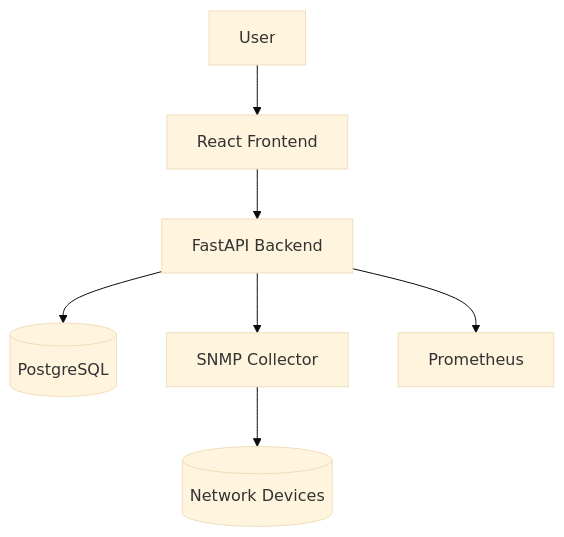
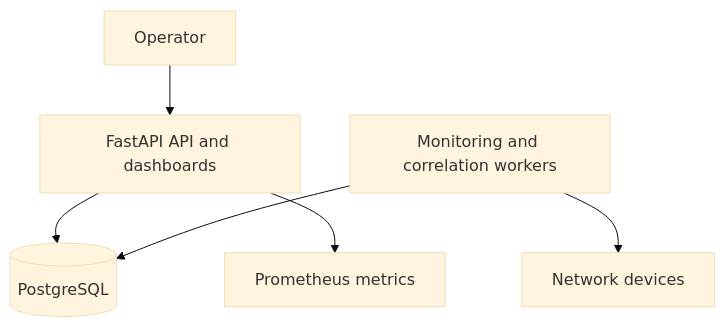
One commit to edmundito012/netpulse-network-observability-platform changed the diagram in README.md. Above: the diagram before and after it, drawn with Mermaid (base theme). The commit also changed other lines of this file and 10 other files, not shown here.

````diff
--- a/README.md
+++ b/README.md
@@ -32,24 +56,15 @@
 ```mermaid
 flowchart TD
+    User["Operator"]
+    API["FastAPI API and dashboards"]
+    DB[("PostgreSQL")]
+    Monitor["Monitoring and correlation workers"]
+    Metrics["Prometheus metrics"]
+    Devices["Network devices"]
 
-User[User]
-
-Frontend[React Frontend]
-
-Backend[FastAPI Backend]
-
-DB[(PostgreSQL)]
-
-SNMP[SNMP Collector]
-
-Prom[Prometheus]
-
-Devices[(Network Devices)]
-
-User --> Frontend
-Frontend --> Backend
-Backend --> DB
-Backend --> SNMP
-Backend --> Prom
-SNMP --> Devices
+    User --> API
+    API --> DB
+    Monitor --> DB
+    Monitor --> Devices
+    API --> Metrics
 ```
````
